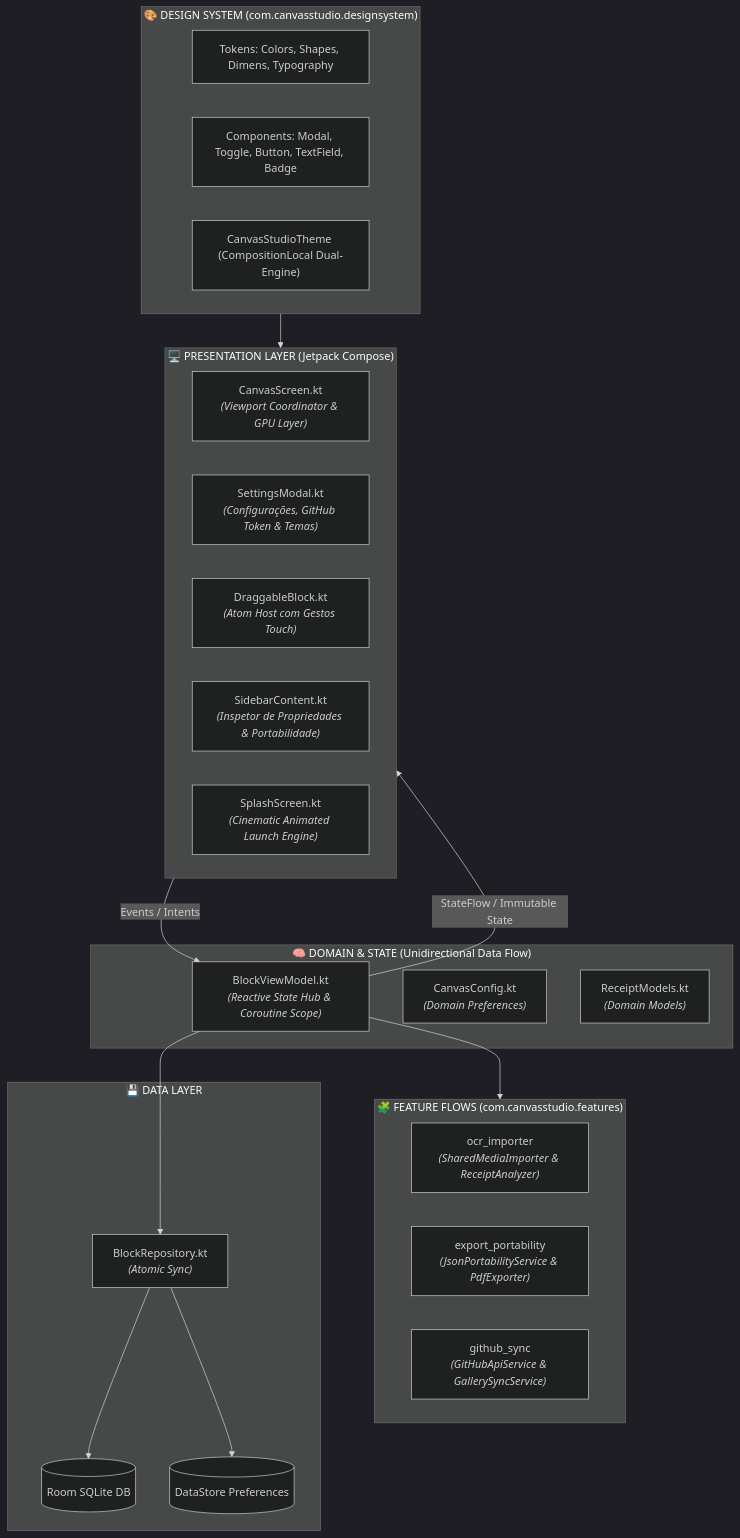
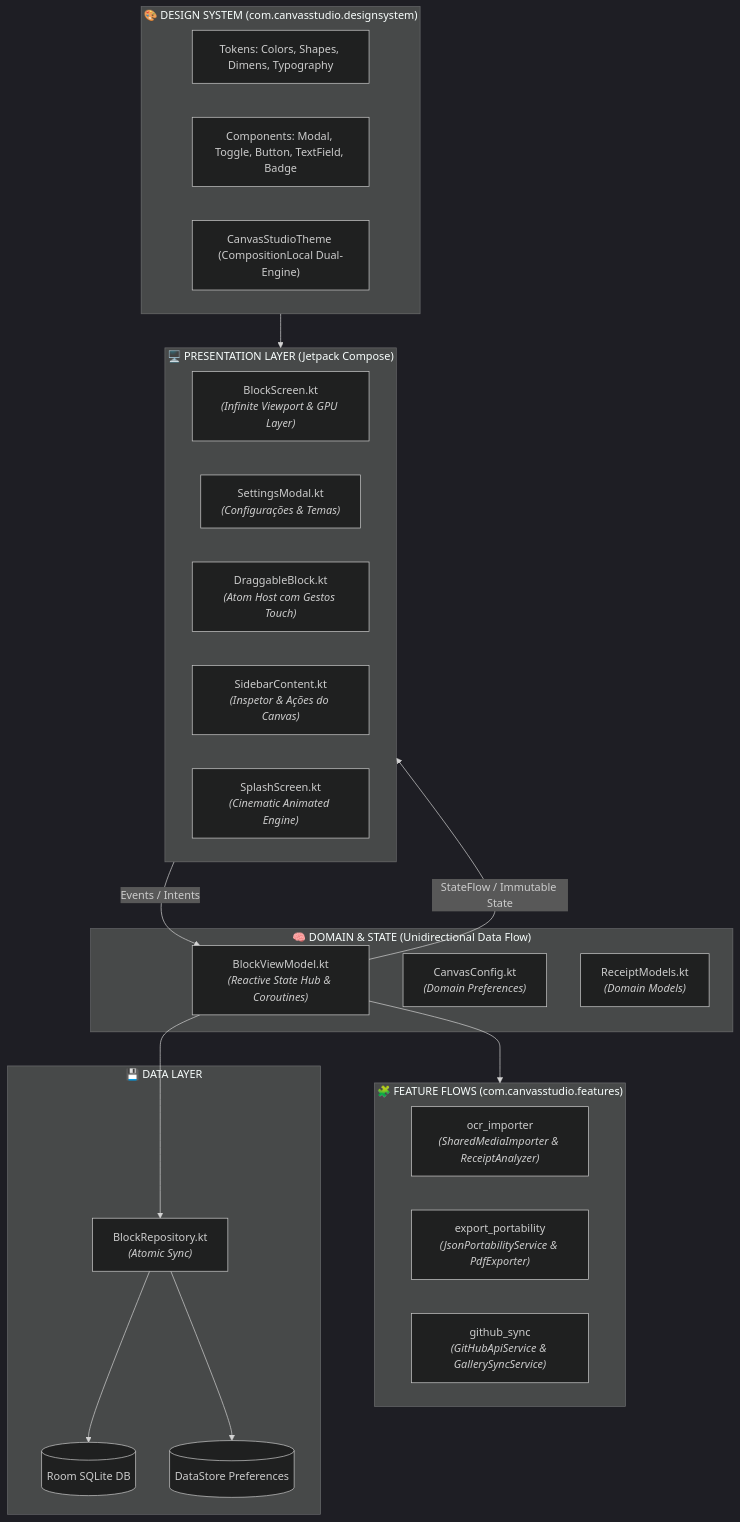
One commit to SollonSoares/canvas-studio-compose changed the first of 3 diagrams in README.md. Above: the diagram before and after it, drawn with Mermaid (dark theme). The commit also changed other lines of this file and 10 other files, not shown here.

Commit message:
feat: implement PDF export functionality for canvas blocks with multi-page layout engine

````diff
--- a/README.md
+++ b/README.md
@@ -97,42 +131,42 @@
 ```mermaid
 graph TD
     subgraph UI_LAYER ["🖥️ PRESENTATION LAYER (Jetpack Compose)"]
-        CS["CanvasScreen.kt<br/><i>(Viewport Coordinator & GPU Layer)</i>"]
-        SM["SettingsModal.kt<br/><i>(Configurações, GitHub Token & Temas)</i>"]
+        CS["BlockScreen.kt<br/><i>(Infinite Viewport & GPU Layer)</i>"]
+        SM["SettingsModal.kt<br/><i>(Configurações & Temas)</i>"]
         DB["DraggableBlock.kt<br/><i>(Atom Host com Gestos Touch)</i>"]
-        IN["SidebarContent.kt<br/><i>(Inspetor de Propriedades & Portabilidade)</i>"]
-        SP["SplashScreen.kt<br/><i>(Cinematic Animated Launch Engine)</i>"]
+        IN["SidebarContent.kt<br/><i>(Inspetor & Ações do Canvas)</i>"]
+        SP["SplashScreen.kt<br/><i>(Cinematic Animated Engine)</i>"]
     end
 
     subgraph DESIGN_SYSTEM ["🎨 DESIGN SYSTEM (com.canvasstudio.designsystem)"]
         DS_Tokens["Tokens: Colors, Shapes, Dimens, Typography"]
         DS_Components["Components: Modal, Toggle, Button, TextField, Badge"]
         DS_Theme["CanvasStudioTheme (CompositionLocal Dual-Engine)"]
     end
 
     subgraph FEATURE_FLOWS ["🧩 FEATURE FLOWS (com.canvasstudio.features)"]
         OCR_FLOW["ocr_importer<br/><i>(SharedMediaImporter & ReceiptAnalyzer)</i>"]
         PORT_FLOW["export_portability<br/><i>(JsonPortabilityService & PdfExporter)</i>"]
         GH_FLOW["github_sync<br/><i>(GitHubApiService & GallerySyncService)</i>"]
     end
 
     subgraph DOMAIN_CORE ["🧠 DOMAIN & STATE (Unidirectional Data Flow)"]
-        VM["BlockViewModel.kt<br/><i>(Reactive State Hub & Coroutine Scope)</i>"]
+        VM["BlockViewModel.kt<br/><i>(Reactive State Hub & Coroutines)</i>"]
         CFG["CanvasConfig.kt<br/><i>(Domain Preferences)</i>"]
         RM["ReceiptModels.kt<br/><i>(Domain Models)</i>"]
     end
 
     subgraph DATA_PERSISTENCE ["💾 DATA LAYER"]
         REPO["BlockRepository.kt<br/><i>(Atomic Sync)</i>"]
         ROOM[("Room SQLite DB")]
         DSTORE[("DataStore Preferences")]
     end
 
     DESIGN_SYSTEM --> UI_LAYER
     UI_LAYER -->|Events / Intents| VM
     VM -->|StateFlow / Immutable State| UI_LAYER
     VM --> FEATURE_FLOWS
     VM --> REPO
     REPO --> ROOM
     REPO --> DSTORE
 ```
````
